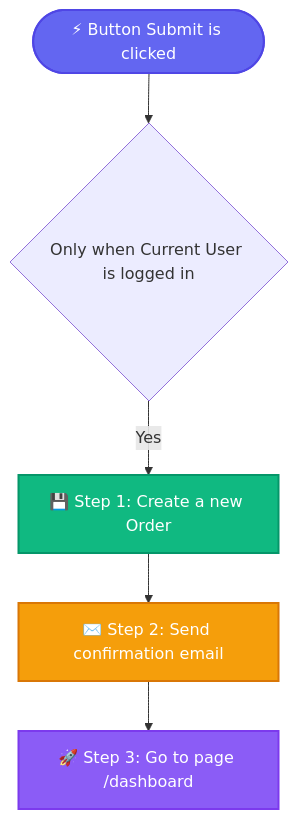
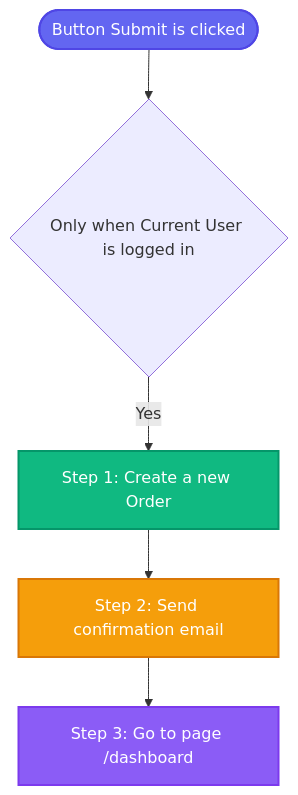
The diagram in docs/workflows-guide.md (alexandrmotologa/bubble-io-dev-studio), drawn with Mermaid before and after one commit. The commit also changed other lines of this file and 17 other files, not shown here.

````diff
--- a/docs/workflows-guide.md
+++ b/docs/workflows-guide.md
@@ -11,12 +11,12 @@
 ```mermaid
 flowchart TD
-    T(["⚡ Button Submit is clicked"]):::triggerStyle --> C{"Only when Current User is logged in"}
-    C -->|Yes| DB["💾 Step 1: Create a new Order"]:::dbStyle
-    DB --> EM["✉️ Step 2: Send confirmation email"]:::emailStyle
-    EM --> NAV["🚀 Step 3: Go to page /dashboard"]:::navStyle
+    T(["Button Submit is clicked"]):::triggerStyle --> C{"Only when Current User is logged in"}
+    C -->|Yes| DB["Step 1: Create a new Order"]:::dbStyle
+    DB --> EM["Step 2: Send confirmation email"]:::emailStyle
+    EM --> NAV["Step 3: Go to page /dashboard"]:::navStyle
 
     classDef triggerStyle fill:#6366f1,stroke:#4f46e5,stroke-width:2px,color:#fff;
     classDef dbStyle fill:#10b981,stroke:#059669,stroke-width:2px,color:#fff;
     classDef emailStyle fill:#f59e0b,stroke:#d97706,stroke-width:2px,color:#fff;
     classDef navStyle fill:#8b5cf6,stroke:#7c3aed,stroke-width:2px,color:#fff;
 ```
````
